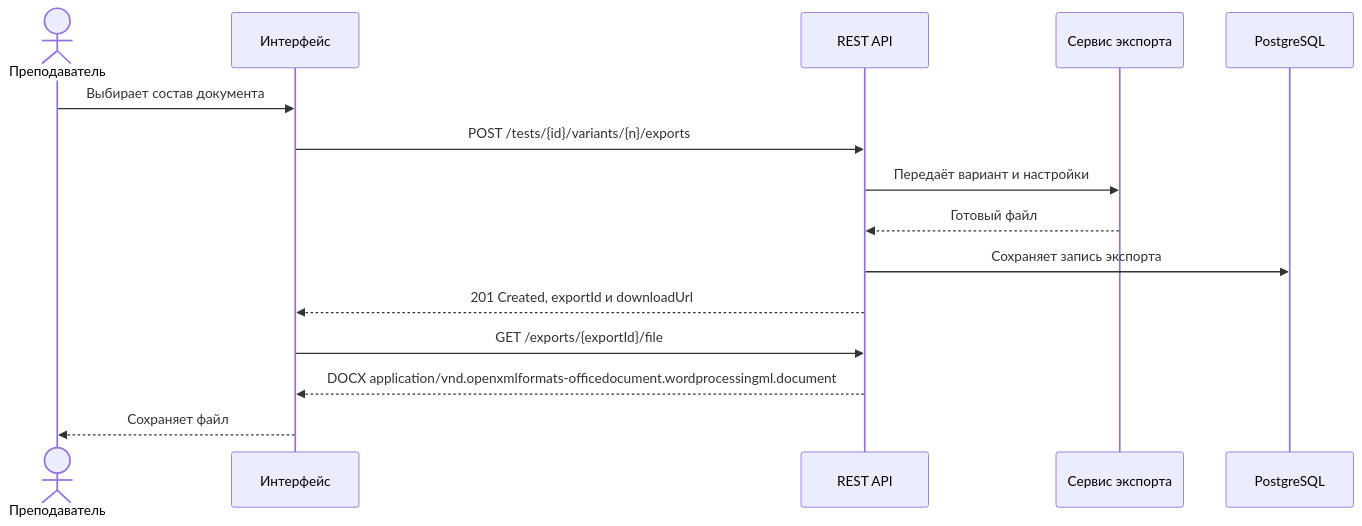
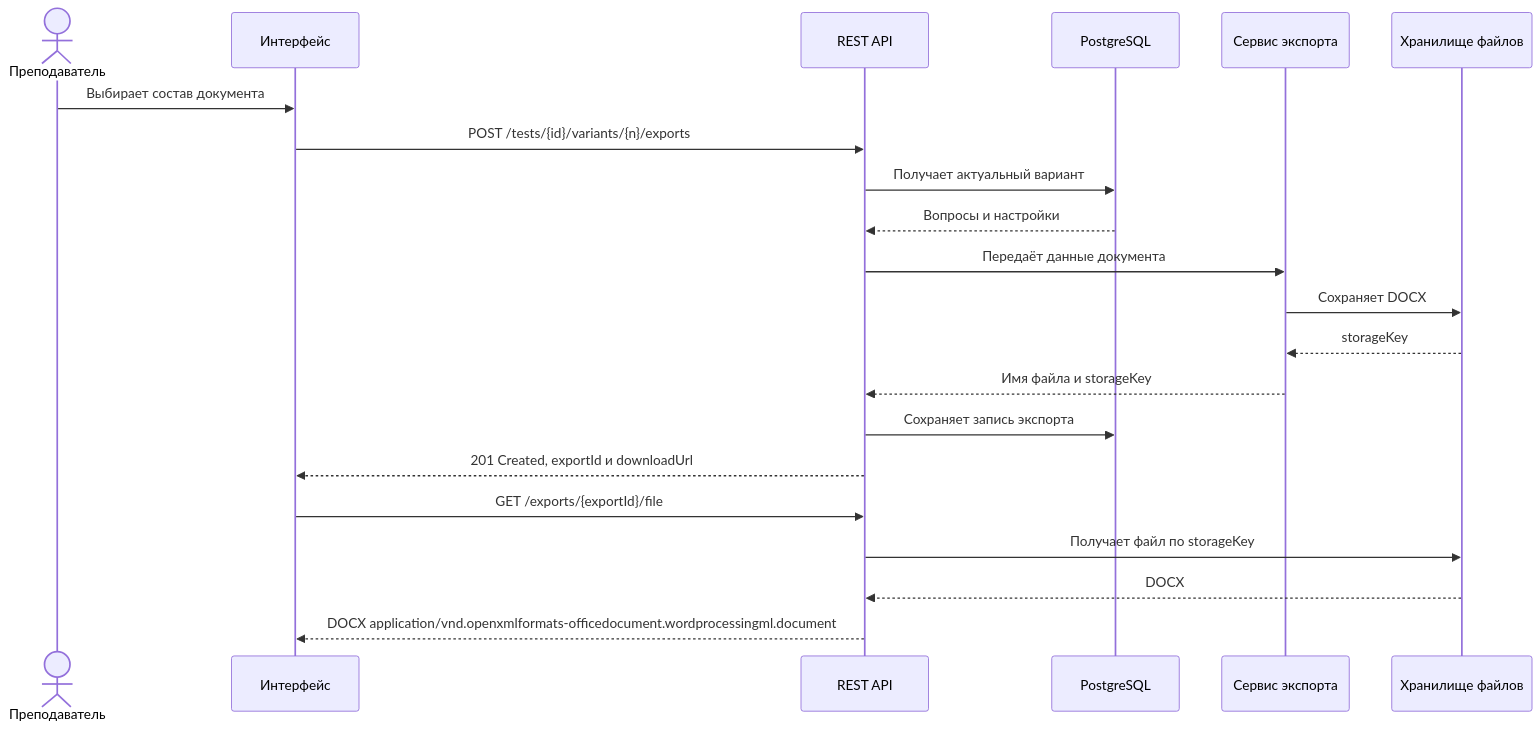
One commit to us6fu1/system-analysis changed the fifth of 5 diagrams in technical-design.md. Above: the diagram before and after it, drawn with Mermaid. The commit also changed other lines of this file and 6 other files, not shown here.

````diff
--- a/technical-design.md
+++ b/technical-design.md
@@ -157,18 +220,24 @@
 ```mermaid
 sequenceDiagram
     actor Teacher as Преподаватель
     participant UI as Интерфейс
     participant API as REST API
+    participant DB as PostgreSQL
     participant DOCX as Сервис экспорта
-    participant DB as PostgreSQL
+    participant Files as Хранилище файлов
 
     Teacher->>UI: Выбирает состав документа
     UI->>API: POST /tests/{id}/variants/{n}/exports
-    API->>DOCX: Передаёт вариант и настройки
-    DOCX-->>API: Готовый файл
+    API->>DB: Получает актуальный вариант
+    DB-->>API: Вопросы и настройки
+    API->>DOCX: Передаёт данные документа
+    DOCX->>Files: Сохраняет DOCX
+    Files-->>DOCX: storageKey
+    DOCX-->>API: Имя файла и storageKey
     API->>DB: Сохраняет запись экспорта
     API-->>UI: 201 Created, exportId и downloadUrl
     UI->>API: GET /exports/{exportId}/file
+    API->>Files: Получает файл по storageKey
+    Files-->>API: DOCX
     API-->>UI: DOCX application/vnd.openxmlformats-officedocument.wordprocessingml.document
-    UI-->>Teacher: Сохраняет файл
 ```
````
